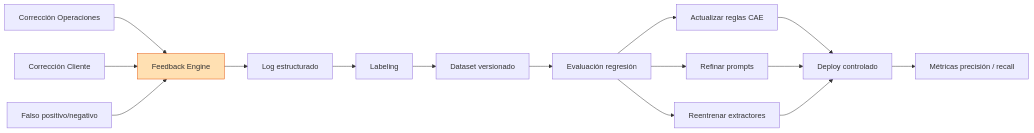
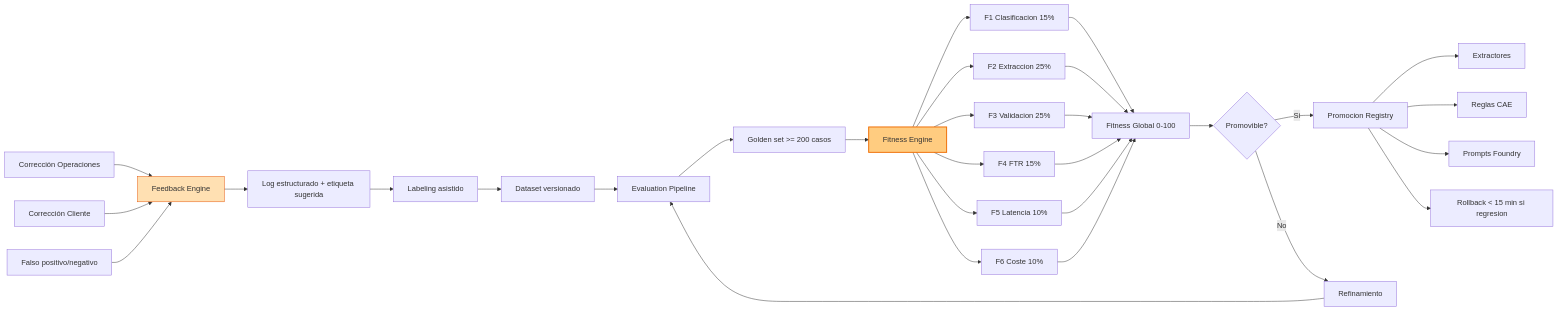
Before and after one commit to angelnietos/erp: the fourth of 5 diagrams in caedocs/ARQUITECTURA-CAE-IA.md, drawn with Mermaid. The commit also changed other lines of this file and 9 other files, not shown here.

````diff
--- a/caedocs/ARQUITECTURA-CAE-IA.md
+++ b/caedocs/ARQUITECTURA-CAE-IA.md
@@ -310,18 +321,31 @@
 ```mermaid
 flowchart LR
     H1["Corrección Operaciones"] --> FE["Feedback Engine"]
     H2["Corrección Cliente"] --> FE
     H3["Falso positivo/negativo"] --> FE
 
-    FE --> LOG["Log estructurado"]
-    LOG --> LB["Labeling"]
+    FE --> LOG["Log estructurado + etiqueta sugerida"]
+    LOG --> LB["Labeling asistido"]
     LB --> DS["Dataset versionado"]
-    DS --> EV["Evaluación regresión"]
-    EV --> R1["Actualizar reglas CAE"]
-    EV --> R2["Refinar prompts"]
-    EV --> R3["Reentrenar extractores"]
-    R1 & R2 & R3 --> DEP["Deploy controlado"]
-    DEP --> MET["Métricas precisión / recall"]
+    DS --> EV["Evaluation Pipeline"]
+    EV --> GS["Golden set >= 200 casos"]
+    GS --> FIT["Fitness Engine"]
+    FIT --> C1["F1 Clasificacion 15%"]
+    FIT --> C2["F2 Extraccion 25%"]
+    FIT --> C3["F3 Validacion 25%"]
+    FIT --> C4["F4 FTR 15%"]
+    FIT --> C5["F5 Latencia 10%"]
+    FIT --> C6["F6 Coste 10%"]
+    C1 & C2 & C3 & C4 & C5 & C6 --> FG["Fitness Global 0-100"]
+    FG --> DEC{"Promovible?"}
+    DEC -->|Si| DEP["Promocion Registry"]
+    DEC -->|No| REF["Refinamiento"]
+    DEP --> R1["Extractores"]
+    DEP --> R2["Reglas CAE"]
+    DEP --> R3["Prompts Foundry"]
+    REF --> EV
+    DEP --> RB["Rollback < 15 min si regresion"]
 
     style FE fill:#ffe0b2,stroke:#e65100
+    style FIT fill:#ffcc80,stroke:#ef6c00,stroke-width:2px
 ```
````
